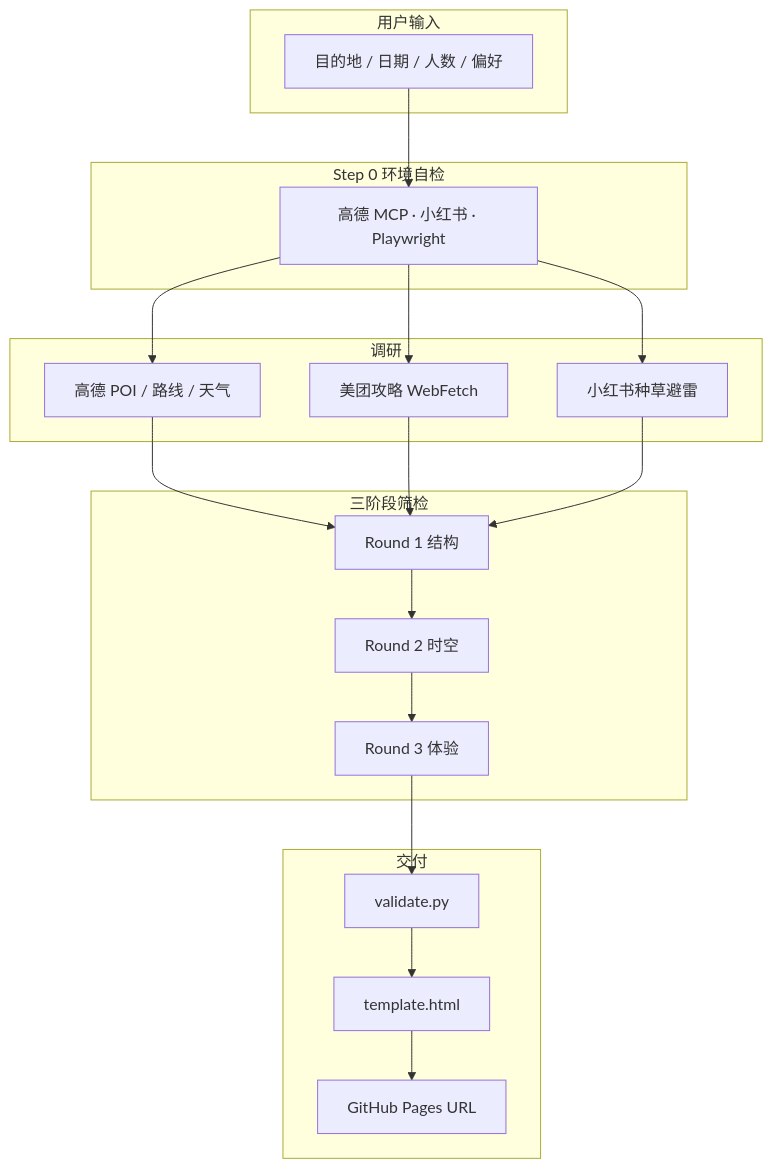
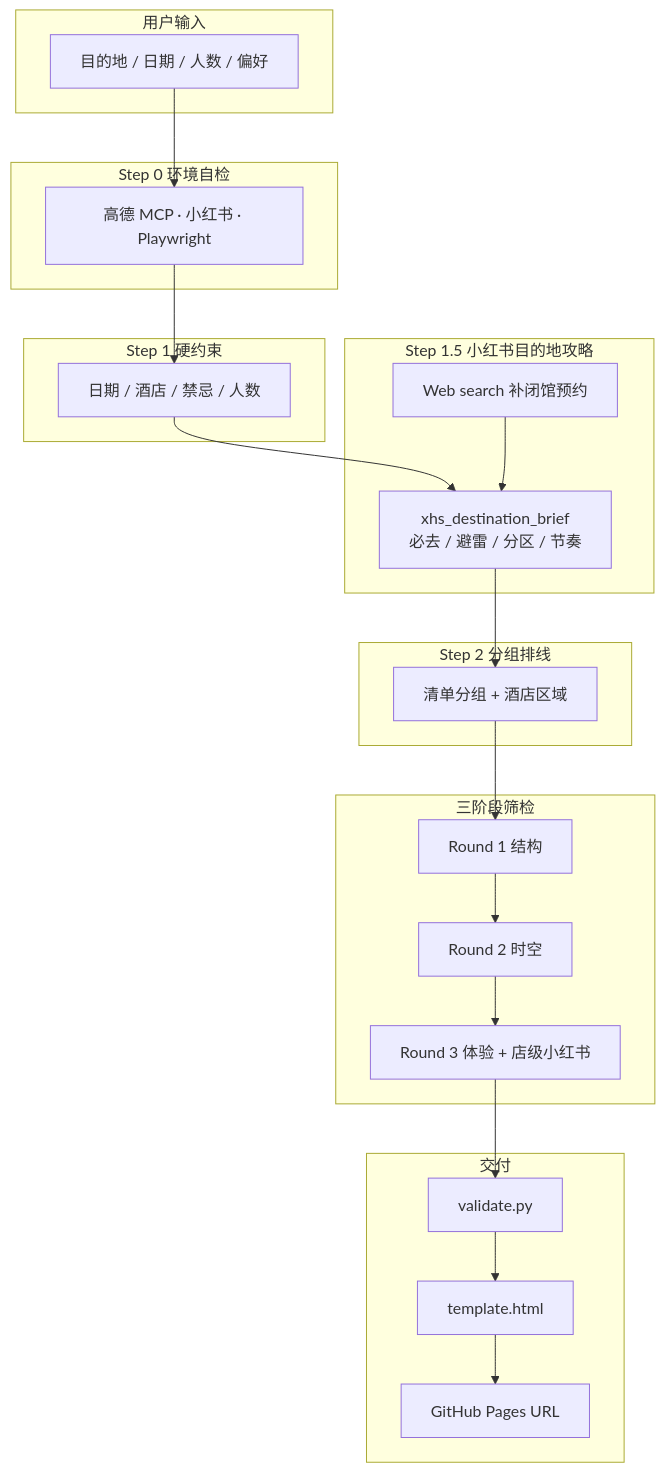
Before and after one commit to SquirrelSong5/travel-planner-skill: the diagram in README.md, drawn with Mermaid. The commit also changed other lines of this file and 5 other files, not shown here.

````diff
--- a/README.md
+++ b/README.md
@@ -71,31 +73,39 @@
 ```mermaid
 flowchart TB
   subgraph input [用户输入]
     U[目的地 / 日期 / 人数 / 偏好]
   end
 
   subgraph step0 [Step 0 环境自检]
     E[高德 MCP · 小红书 · Playwright]
   end
 
-  subgraph research [调研]
-    A[高德 POI / 路线 / 天气]
-    M[美团攻略 WebFetch]
-    X[小红书种草避雷]
+  subgraph step1 [Step 1 硬约束]
+    H[日期 / 酒店 / 禁忌 / 人数]
+  end
+
+  subgraph step15 [Step 1.5 小红书目的地攻略]
+    XBrief[xhs_destination_brief<br/>必去 / 避雷 / 分区 / 节奏]
+    WS[Web search 补闭馆预约]
+  end
+
+  subgraph step2 [Step 2 分组排线]
+    G[清单分组 + 酒店区域]
   end
 
   subgraph pipeline [三阶段筛检]
     R1[Round 1 结构]
     R2[Round 2 时空]
-    R3[Round 3 体验]
+    R3[Round 3 体验 + 店级小红书]
   end
 
   subgraph deliver [交付]
     V[validate.py]
-    H[template.html]
+    Htm[template.html]
     P[GitHub Pages URL]
   end
 
-  U --> E --> A & M & X
-  A & M & X --> R1 --> R2 --> R3 --> V --> H --> P
+  U --> E --> H --> XBrief
+  WS --> XBrief
+  XBrief --> G --> R1 --> R2 --> R3 --> V --> Htm --> P
 ```
````
